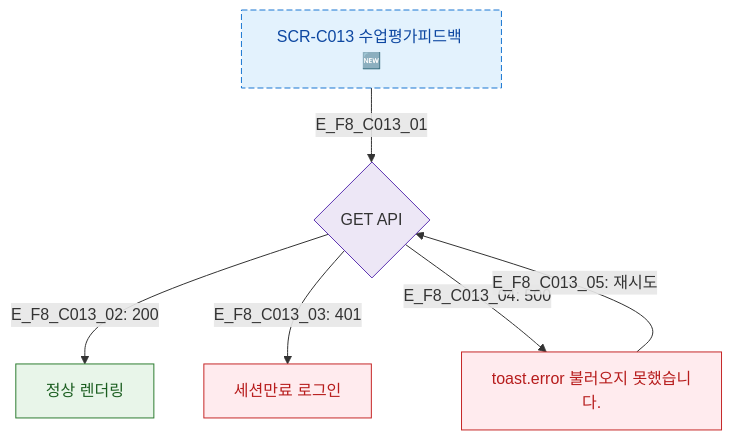
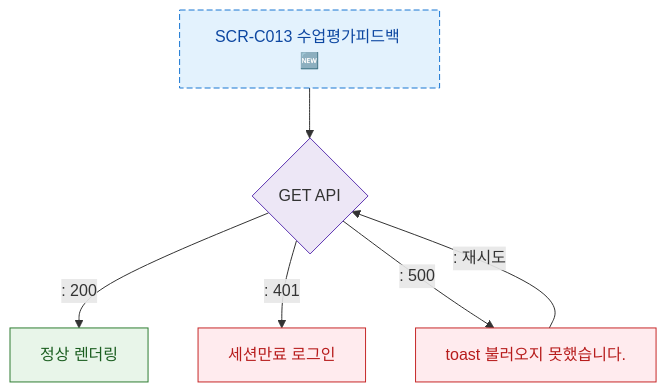
Before and after one commit to dev-spogym/admin-pando: the diagram in docs/다이어그램/D04_수업관리/SCR-C013_수업평가피드백/F8_에러.md, drawn with Mermaid. The commit also changed other lines of this file and 1660 other files, not shown here.

First line of the commit message:
다이어그램: 기획자/클라이언트 납품본으로 정리

````diff
--- a/docs/다이어그램/D04_수업관리/SCR-C013_수업평가피드백/F8_에러.md
+++ b/docs/다이어그램/D04_수업관리/SCR-C013_수업평가피드백/F8_에러.md
@@ -20,19 +18,19 @@
 ```mermaid
 flowchart TD
   SCR_NODE[SCR-C013 수업평가피드백 🆕]
-  SCR_NODE -->|E_F8_C013_01| LoadAPI{GET API}
-  LoadAPI -->|"E_F8_C013_02: 200"| LoadOK[정상 렌더링]
-  LoadAPI -->|"E_F8_C013_03: 401"| SessionExp[세션만료 로그인]
-  LoadAPI -->|"E_F8_C013_04: 500"| LoadErr[toast.error 불러오지 못했습니다.]
-  LoadErr -->|"E_F8_C013_05: 재시도"| LoadAPI
+  SCR_NODE --> LoadAPI{GET API}
+  LoadAPI -->|": 200"|LoadOK[정상 렌더링]
+  LoadAPI -->|": 401"|SessionExp[세션만료 로그인]
+  LoadAPI -->|": 500"|LoadErr[toast 불러오지 못했습니다.]
+  LoadErr -->|": 재시도"|LoadAPI
   classDef screen fill:#E3F2FD,stroke:#1976D2,color:#0D47A1
   classDef system fill:#EDE7F6,stroke:#5E35B2
   classDef success fill:#E8F5E9,stroke:#2E7D32,color:#1B5E20
   classDef error fill:#FFEBEE,stroke:#C62828,color:#B71C1C
   classDef newFeature fill:#F3E5F5,stroke:#7B1FA2,color:#4A148C,stroke-dasharray:6 3
   class SCR_NODE newFeature
   class SCR_NODE screen
   class LoadAPI system
   class LoadOK success
   class LoadErr,SessionExp error
 ```
````
